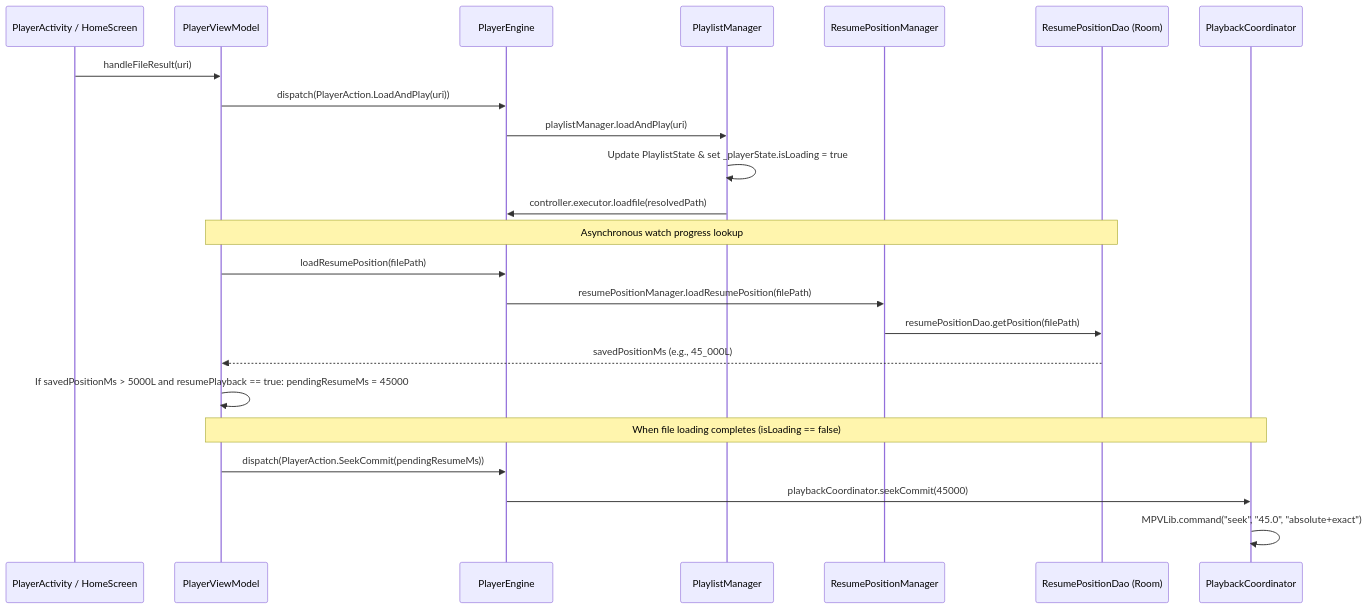
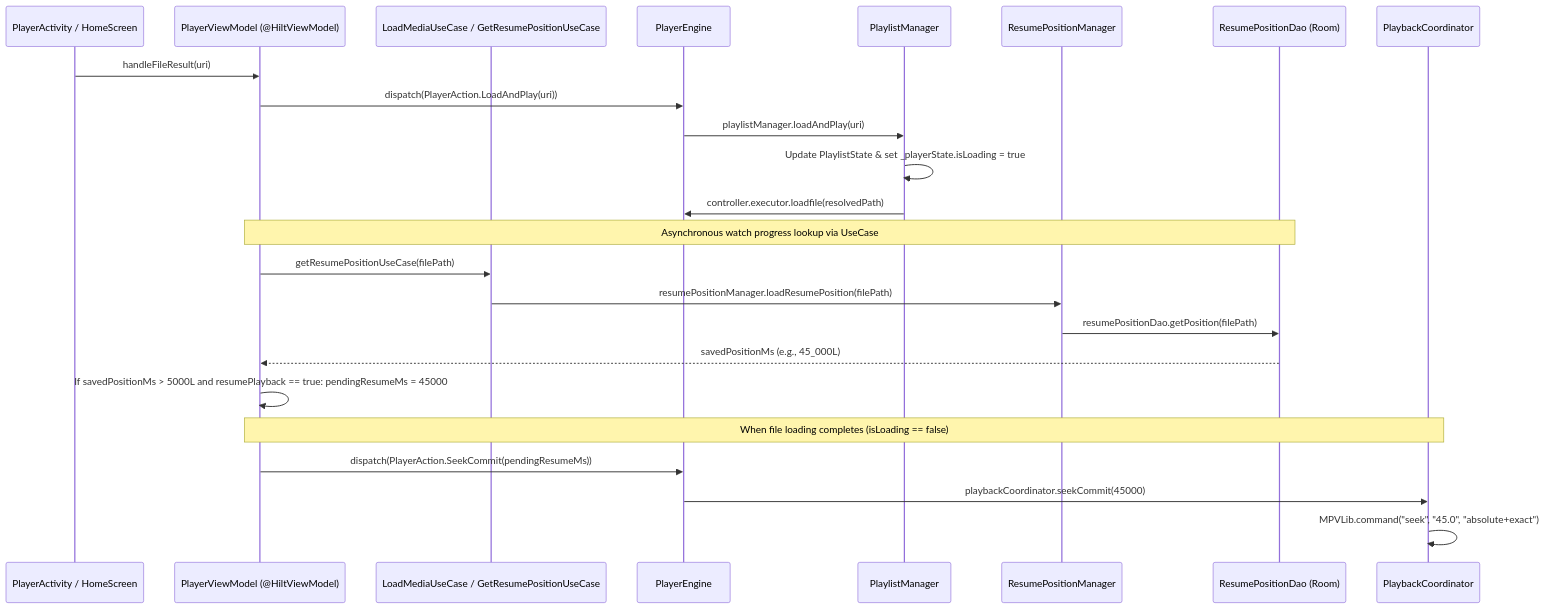
The third of 4 diagrams in flow.md (tapman104/potato-diff-v3), drawn with Mermaid before and after one commit. The commit also changed other lines of this file and 3 other files, not shown here.

Commit message:
refactor: implement Hilt dependency injection, update project architecture documentation, and remove obsolete log analysis files.

````diff
--- a/flow.md
+++ b/flow.md
@@ -247,28 +287,29 @@
 ```mermaid
 sequenceDiagram
     participant ACT as PlayerActivity / HomeScreen
-    participant VM as PlayerViewModel
+    participant VM as PlayerViewModel (@HiltViewModel)
+    participant DOM as LoadMediaUseCase / GetResumePositionUseCase
     participant ENG as PlayerEngine
     participant PM as PlaylistManager
     participant RM as ResumePositionManager
     participant DAO as ResumePositionDao (Room)
     participant COORD as PlaybackCoordinator
 
     ACT->>VM: handleFileResult(uri)
     VM->>ENG: dispatch(PlayerAction.LoadAndPlay(uri))
     ENG->>PM: playlistManager.loadAndPlay(uri)
     PM->>PM: Update PlaylistState & set _playerState.isLoading = true
     PM->>ENG: controller.executor.loadfile(resolvedPath)
     
-    Note over VM,DAO: Asynchronous watch progress lookup
-    VM->>ENG: loadResumePosition(filePath)
-    ENG->>RM: resumePositionManager.loadResumePosition(filePath)
+    Note over VM,DAO: Asynchronous watch progress lookup via UseCase
+    VM->>DOM: getResumePositionUseCase(filePath)
+    DOM->>RM: resumePositionManager.loadResumePosition(filePath)
     RM->>DAO: resumePositionDao.getPosition(filePath)
     DAO-->>VM: savedPositionMs (e.g., 45_000L)
     VM->>VM: If savedPositionMs > 5000L and resumePlayback == true: pendingResumeMs = 45000
     
     Note over VM,COORD: When file loading completes (isLoading == false)
     VM->>ENG: dispatch(PlayerAction.SeekCommit(pendingResumeMs))
     ENG->>COORD: playbackCoordinator.seekCommit(45000)
     COORD->>COORD: MPVLib.command("seek", "45.0", "absolute+exact")
 ```
````
